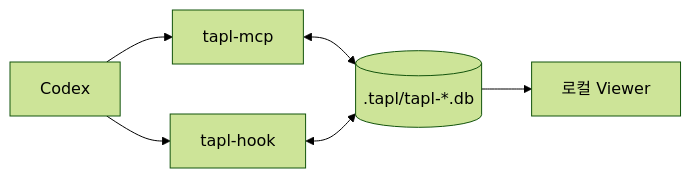
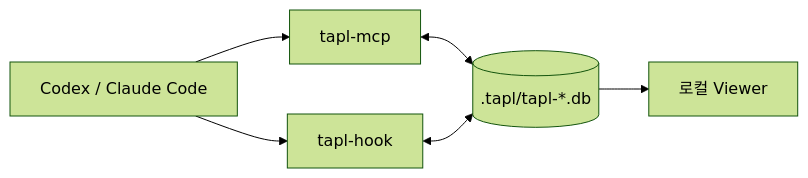
The diagram in README.ko.md (qkdxorjs1002/tapl), drawn with Mermaid (forest theme) before and after one commit. The commit also changed other lines of this file and 50 other files, not shown here.

Commit message:
feat: add Claude Code client integration

````diff
--- a/README.ko.md
+++ b/README.ko.md
@@ -246,8 +246,8 @@
 ```mermaid
 flowchart LR
-    A[Codex] --> B[tapl-mcp]
+    A[Codex / Claude Code] --> B[tapl-mcp]
     A --> C[tapl-hook]
     B <--> D[(".tapl/tapl-*.db")]
     C <--> D
     D --> E[로컬 Viewer]
 ```
````
